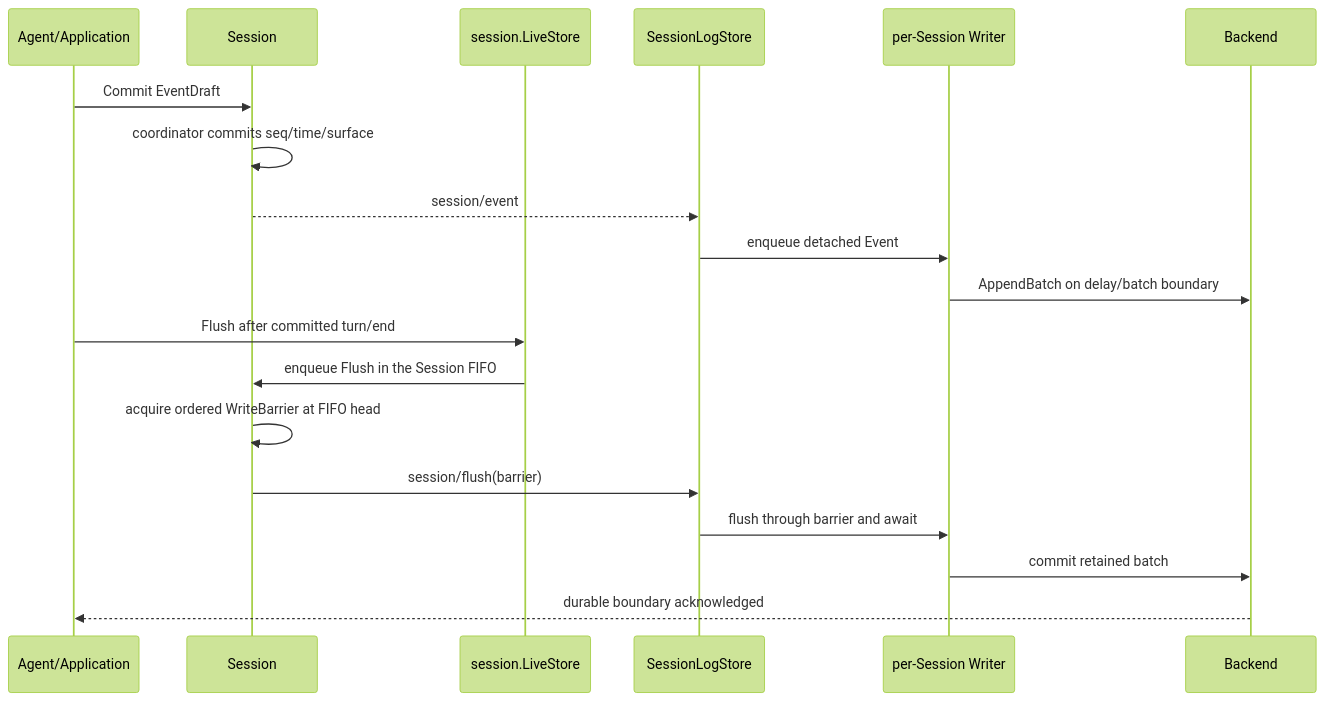
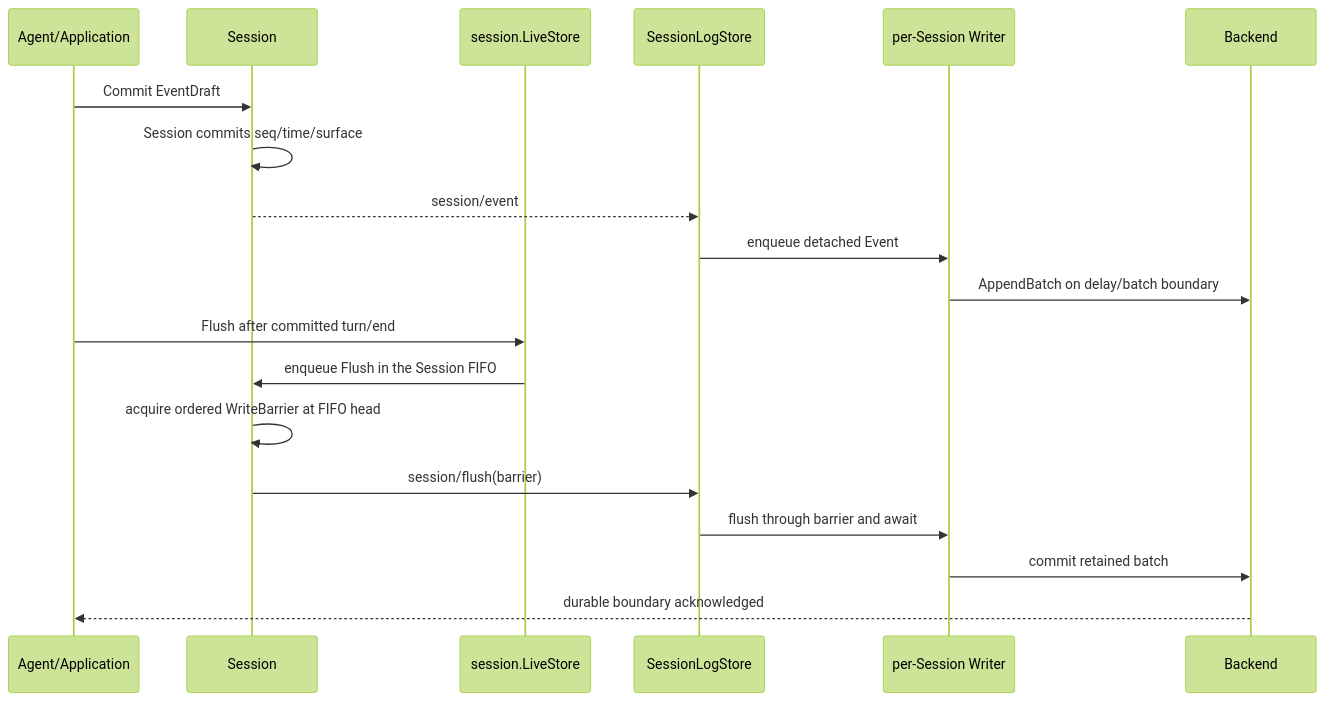
Before and after one commit to gorenx/goren: the second of 3 diagrams in zh-CN/19-session-persistence-and-sqlite.md, drawn with Mermaid (forest theme). The commit also changed other lines of this file and 11 other files, not shown here.

````diff
--- a/zh-CN/19-session-persistence-and-sqlite.md
+++ b/zh-CN/19-session-persistence-and-sqlite.md
@@ -77,21 +77,21 @@
 ```mermaid
 sequenceDiagram
     participant U as Agent/Application
     participant S as Session
     participant L as session.LiveStore
     participant C as SessionLogStore
     participant W as per-Session Writer
     participant B as Backend
     U->>S: Commit EventDraft
-    S->>S: coordinator commits seq/time/surface
+    S->>S: Session commits seq/time/surface
     S-->>C: session/event
     C->>W: enqueue detached Event
     W->>B: AppendBatch on delay/batch boundary
     U->>L: Flush after committed turn/end
     L->>S: enqueue Flush in the Session FIFO
     S->>S: acquire ordered WriteBarrier at FIFO head
     S->>C: session/flush(barrier)
     C->>W: flush through barrier and await
     W->>B: commit retained batch
     B-->>U: durable boundary acknowledged
 ```
````
